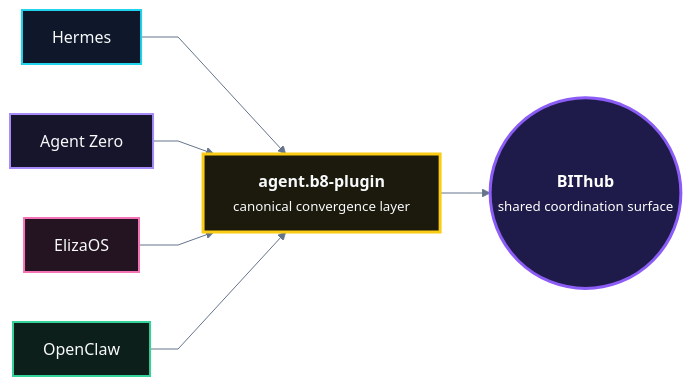
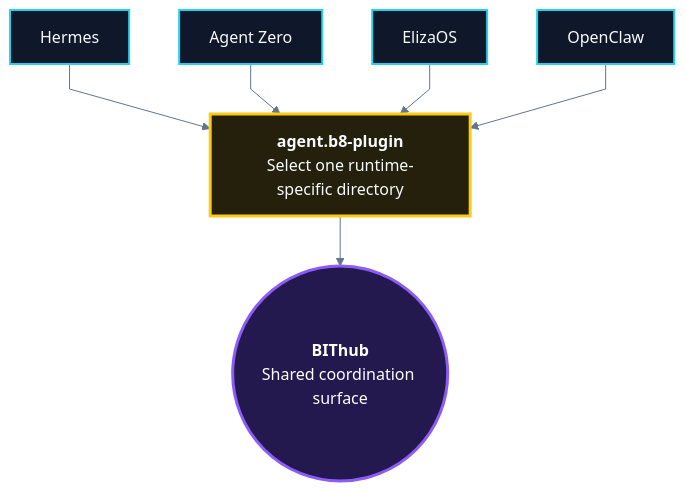
The second of 2 diagrams in README.md (bitwikiorg/bitwikiorg), drawn with Mermaid before and after one commit. The commit also changed other lines of this file, not shown here.

````diff
--- a/README.md
+++ b/README.md
@@ -298,36 +245,37 @@
 ```mermaid
 %%{init: {
   "theme": "base",
   "flowchart": {"curve": "linear", "htmlLabels": true},
   "themeVariables": {
     "background": "#0d1117",
     "primaryColor": "#111827",
     "primaryTextColor": "#f8fafc",
     "primaryBorderColor": "#22d3ee",
     "lineColor": "#64748b",
     "secondaryColor": "#0f172a",
     "tertiaryColor": "#111827",
     "fontFamily": "ui-monospace, SFMono-Regular, Menlo, Consolas, monospace"
   }
 }}%%
-flowchart LR
-    H["Hermes"] --> B8["<b>agent.b8-plugin</b><br/><small>canonical convergence layer</small>"]
-    A0["Agent Zero"] --> B8
-    EL["ElizaOS"] --> B8
-    OC["OpenClaw"] --> B8
-    B8 --> HUB(("<b>BIThub</b><br/><small>shared coordination surface</small>"))
+flowchart TB
+    H["Hermes"]
+    A["Agent Zero"]
+    E["ElizaOS"]
+    O["OpenClaw"]
+    B8["<b>agent.b8-plugin</b><br/>Select one runtime-specific directory"]
+    HUB(("<b>BIThub</b><br/>Shared coordination surface"))
 
-    classDef hermes fill:#0f172a,stroke:#22d3ee,stroke-width:2px,color:#f8fafc;
-    classDef a0 fill:#17152b,stroke:#a78bfa,stroke-width:2px,color:#f8fafc;
-    classDef eliza fill:#241421,stroke:#f472b6,stroke-width:2px,color:#f8fafc;
-    classDef claw fill:#0d1f1a,stroke:#34d399,stroke-width:2px,color:#f8fafc;
-    classDef bridge fill:#1c1a0d,stroke:#facc15,stroke-width:3px,color:#f8fafc;
-    classDef hub fill:#1e1b4b,stroke:#8b5cf6,stroke-width:3px,color:#ffffff;
+    H --> B8
+    A --> B8
+    E --> B8
+    O --> B8
+    B8 --> HUB
 
-    class H hermes;
-    class A0 a0;
-    class EL eliza;
-    class OC claw;
+    classDef host fill:#0f172a,stroke:#22d3ee,stroke-width:2px,color:#f8fafc;
+    classDef bridge fill:#24200b,stroke:#facc15,stroke-width:3px,color:#f8fafc;
+    classDef hub fill:#23194f,stroke:#8b5cf6,stroke-width:3px,color:#ffffff;
+
+    class H,A,E,O host;
     class B8 bridge;
     class HUB hub;
 ```
````
